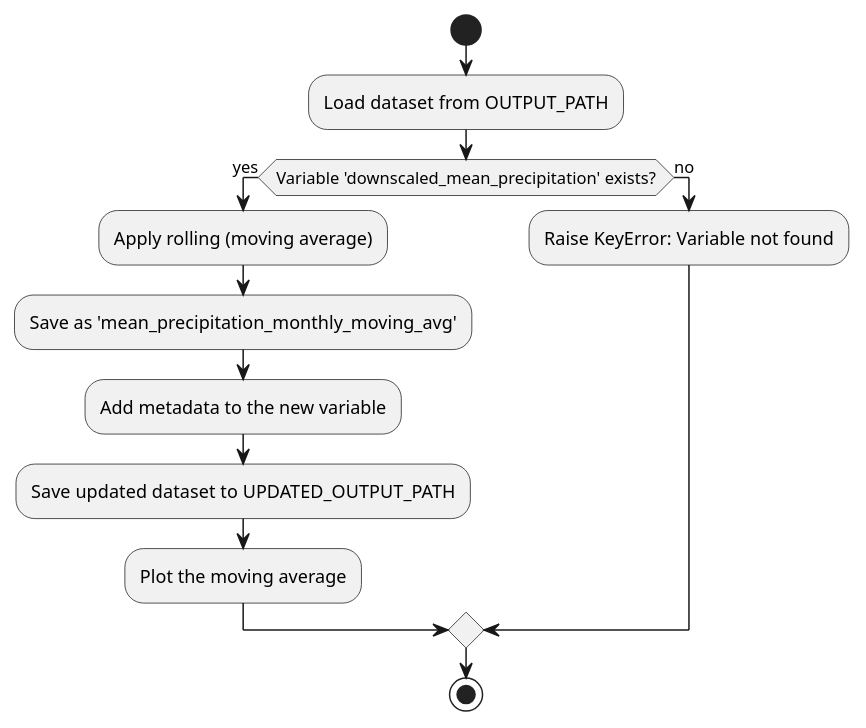
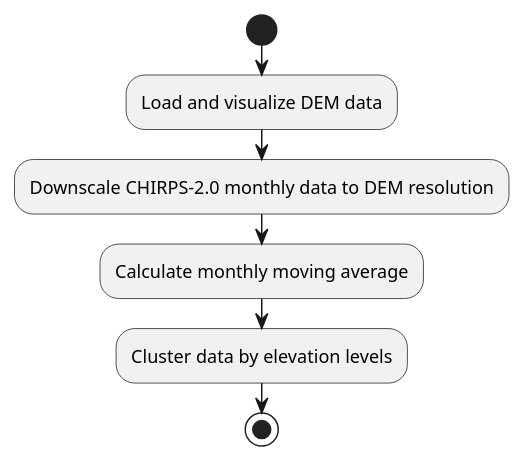
Before and after one commit to ninja-marduk/ml_precipitation_prediction: the second of 2 diagrams in README.md, drawn with PlantUML. The commit also changed other lines of this file and 14 other files, not shown here.

Commit message:
plotted correlation between elevation and precipitation monthly

````diff
--- a/README.md
+++ b/README.md
@@ -147,16 +97,10 @@
 ```plantuml
 @startuml
 start
-:Load dataset from OUTPUT_PATH;
-if (Variable 'downscaled_mean_precipitation' exists?) then (yes)
-  :Apply rolling (moving average);
-  :Save as 'mean_precipitation_monthly_moving_avg';
-  :Add metadata to the new variable;
-  :Save updated dataset to UPDATED_OUTPUT_PATH;
-  :Plot the moving average;
-else (no)
-  :Raise KeyError: Variable not found;
-endif
+:Load and visualize DEM data;
+:Downscale CHIRPS-2.0 monthly data to DEM resolution;
+:Calculate monthly moving average;
+:Cluster data by elevation levels;
 stop
 @enduml
 ```
````
